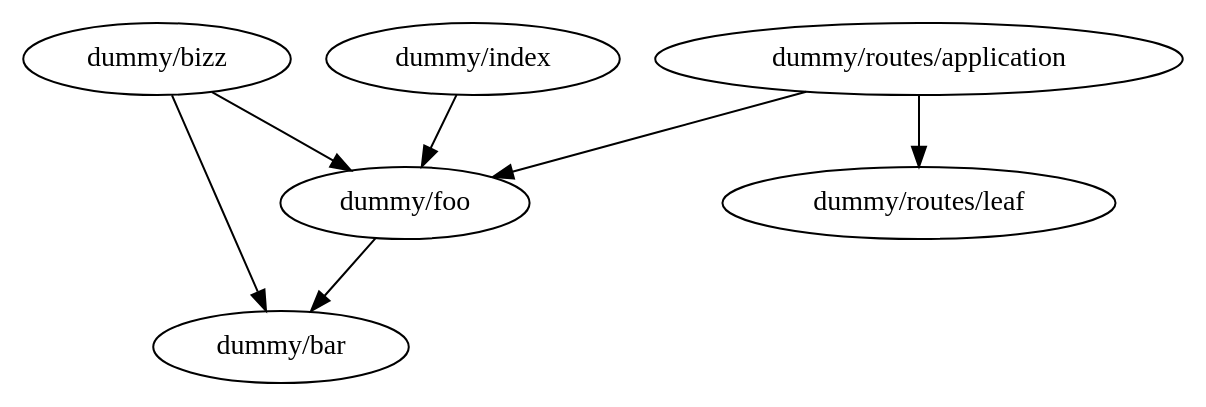
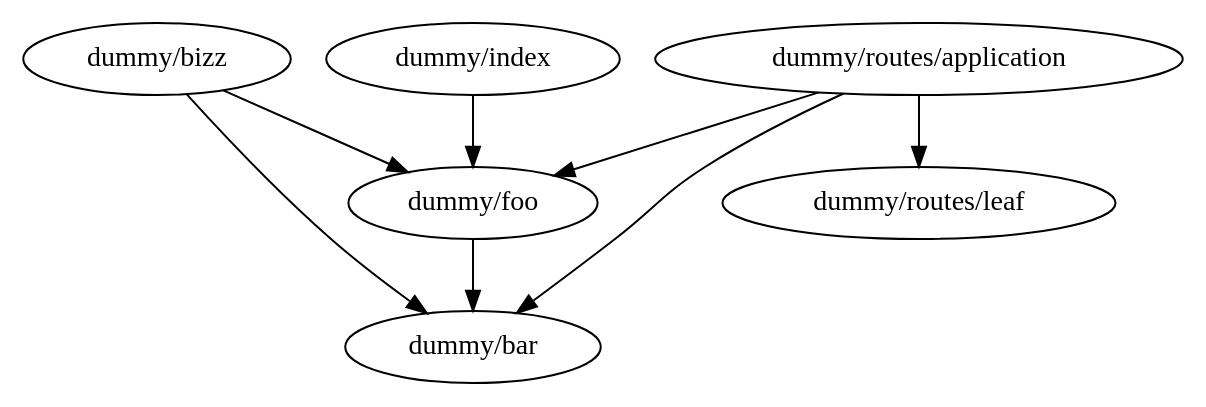
One commit to chadhietala/fs-graph-diff changed the diagram in graph.6.dot. Above: the diagram before and after it, drawn with Graphviz. The commit also changed 25 other files, not shown here.

```diff
--- a/graph.6.dot
+++ b/graph.6.dot
@@ -1,14 +1,15 @@
 strict digraph {
-  "dummy/bar" [id="dummy/bar",outputPath="/Users/chietala/workspace/fs-graph/tmp-dir/dummy/bar.ts",inputPath="/Users/chietala/workspace/fs-graph/test/fixtures/dummy/bar.ts",ast="[object Object]",imports="",relativePath="dummy/bar.ts"]
-  "dummy/bizz" [id="dummy/bizz",outputPath="/Users/chietala/workspace/fs-graph/tmp-dir/dummy/bizz.ts",inputPath="/Users/chietala/workspace/fs-graph/test/fixtures/dummy/bizz.ts",ast="[object Object]",imports="dummy/bar,dummy/foo",relativePath="dummy/bizz.ts"]
-  "dummy/foo" [id="dummy/foo",outputPath="/Users/chietala/workspace/fs-graph/tmp-dir/dummy/foo.ts",inputPath="/Users/chietala/workspace/fs-graph/test/fixtures/dummy/foo.ts",ast="[object Object]",imports="dummy/bar",relativePath="dummy/foo"]
-  "dummy/index" [id="dummy/index",outputPath="/Users/chietala/workspace/fs-graph/tmp-dir/dummy/index.ts",inputPath="/Users/chietala/workspace/fs-graph/test/fixtures/dummy/index.ts",ast="[object Object]",imports="dummy/foo",relativePath="dummy/index.ts"]
-  "dummy/routes/application" [id="dummy/routes/application",outputPath="/Users/chietala/workspace/fs-graph/tmp-dir/dummy/routes/application.ts",inputPath="/Users/chietala/workspace/fs-graph/test/fixtures/dummy/routes/application.ts",ast="[object Object]",imports="dummy/foo,dummy/routes/leaf",relativePath="dummy/routes/application.ts"]
-  "dummy/routes/leaf" [id="dummy/routes/leaf",outputPath="/Users/chietala/workspace/fs-graph/tmp-dir/dummy/routes/leaf.ts",inputPath="/Users/chietala/workspace/fs-graph/test/fixtures/dummy/routes/leaf.ts",ast="[object Object]",imports="",relativePath="dummy/routes/leaf"]
+  "dummy/bar" [id="dummy/bar",outputPath="/Users/chietala/workspace/fs-graph/tmp-dir/dummy/bar.ts",inputPath="/Users/chietala/workspace/fs-graph/test/fixtures/app/dummy/bar.ts",ast="[object Object]",imports="",relativePath="dummy/bar.ts"]
+  "dummy/bizz" [id="dummy/bizz",outputPath="/Users/chietala/workspace/fs-graph/tmp-dir/dummy/bizz.ts",inputPath="/Users/chietala/workspace/fs-graph/test/fixtures/app/dummy/bizz.ts",ast="[object Object]",imports="dummy/bar,dummy/foo",relativePath="dummy/bizz.ts"]
+  "dummy/foo" [id="dummy/foo",outputPath="/Users/chietala/workspace/fs-graph/tmp-dir/dummy/foo.ts",inputPath="/Users/chietala/workspace/fs-graph/test/fixtures/app/dummy/foo.ts",ast="[object Object]",imports="dummy/bar",relativePath="dummy/foo.ts"]
+  "dummy/index" [id="dummy/index",outputPath="/Users/chietala/workspace/fs-graph/tmp-dir/dummy/index.ts",inputPath="/Users/chietala/workspace/fs-graph/test/fixtures/app/dummy/index.ts",ast="[object Object]",imports="dummy/foo",relativePath="dummy/index.ts"]
+  "dummy/routes/application" [id="dummy/routes/application",outputPath="/Users/chietala/workspace/fs-graph/tmp-dir/dummy/routes/application.ts",inputPath="/Users/chietala/workspace/fs-graph/test/fixtures/app/dummy/routes/application.ts",ast="[object Object]",imports="dummy/foo,dummy/routes/leaf,dummy/bar",relativePath="dummy/routes/application.ts"]
+  "dummy/routes/leaf" [id="dummy/routes/leaf",outputPath="/Users/chietala/workspace/fs-graph/tmp-dir/dummy/routes/leaf.ts",inputPath="/Users/chietala/workspace/fs-graph/test/fixtures/app/dummy/routes/leaf.ts",ast="[object Object]",imports="",relativePath="dummy/routes/leaf.ts"]
   "dummy/bizz" -> "dummy/bar"
   "dummy/bizz" -> "dummy/foo"
   "dummy/foo" -> "dummy/bar"
   "dummy/index" -> "dummy/foo"
   "dummy/routes/application" -> "dummy/foo"
   "dummy/routes/application" -> "dummy/routes/leaf"
+  "dummy/routes/application" -> "dummy/bar"
 }
```
